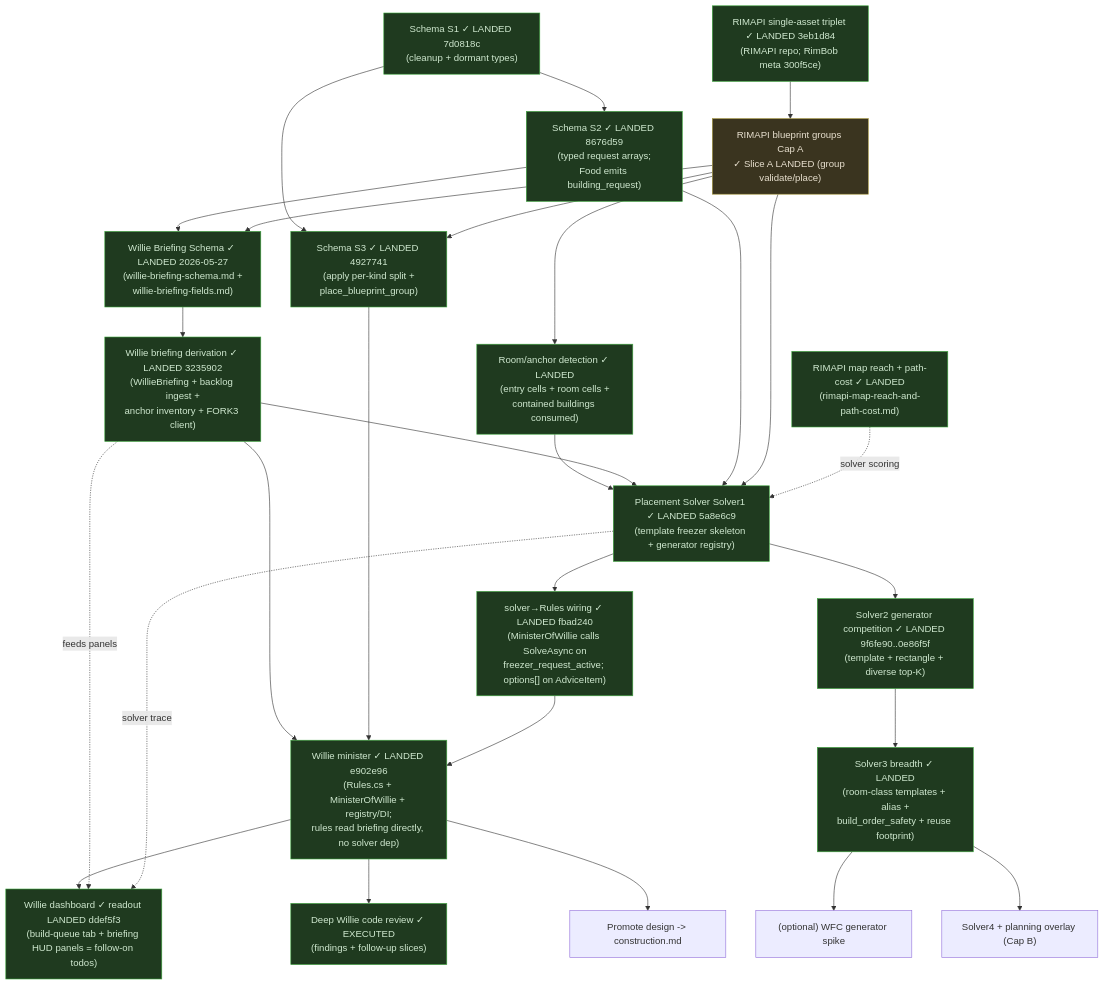
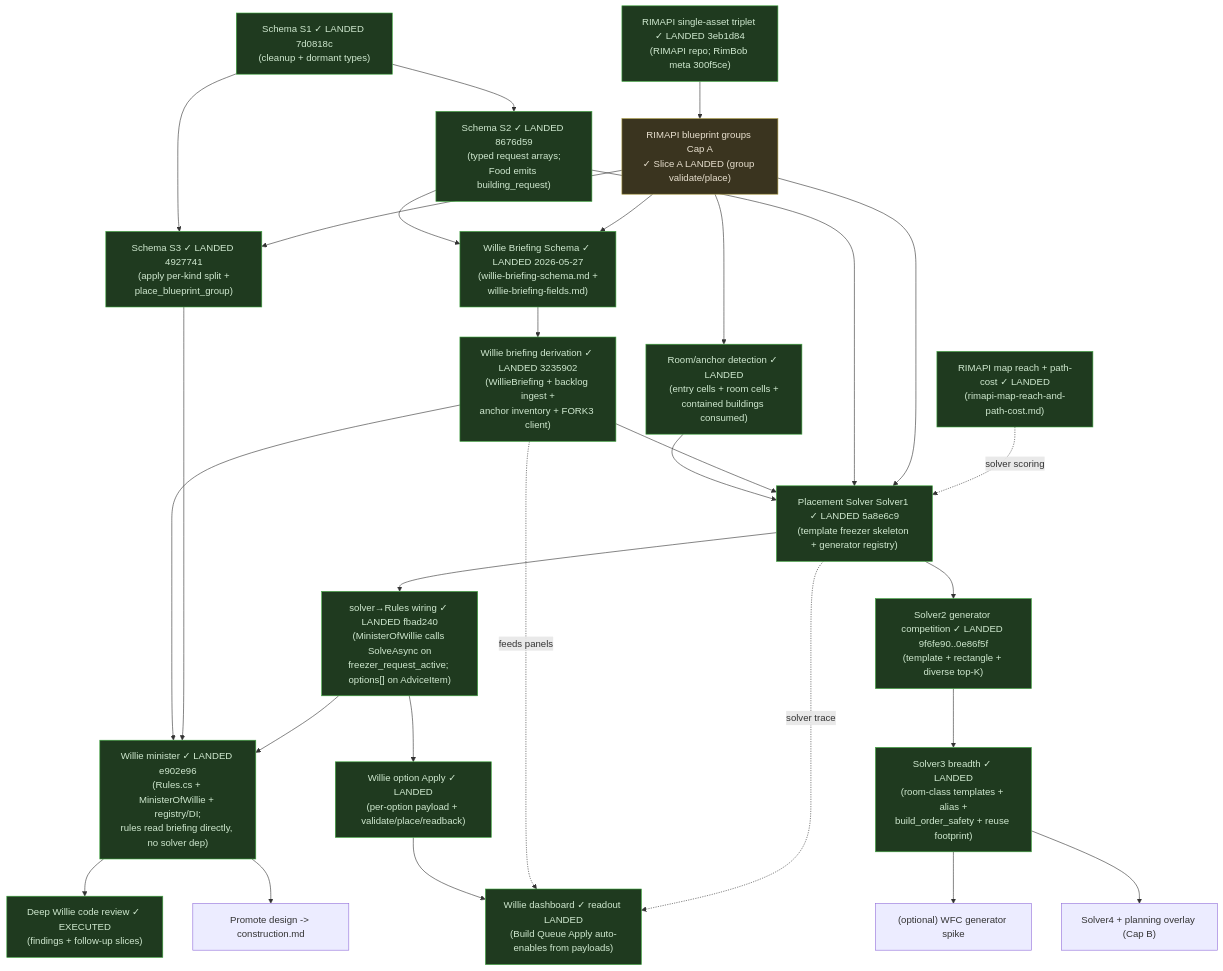
The diagram in .plans/willie-meta-plan.md (ocaspi-sc/RimBob), drawn with Mermaid before and after one commit. The commit also changed other lines of this file and 20 other files, not shown here.

First line of the commit message:
feat(willie): add option apply payloads

````diff
--- a/.plans/willie-meta-plan.md
+++ b/.plans/willie-meta-plan.md
@@ -159,33 +159,34 @@
 ```mermaid
 flowchart TD
   S1["Schema S1 ✓ LANDED 7d0818c<br/>(cleanup + dormant types)"] --> S2["Schema S2 ✓ LANDED 8676d59<br/>(typed request arrays;<br/>Food emits building_request)"]
   FORK1["RIMAPI single-asset triplet ✓ LANDED 3eb1d84<br/>(RIMAPI repo; RimBob meta 300f5ce)"] --> FORK2["RIMAPI blueprint groups Cap A<br/>✓ Slice A LANDED (group validate/place)"]
   S2 --> SCHEMA["Willie Briefing Schema ✓ LANDED 2026-05-27<br/>(willie-briefing-schema.md +<br/>willie-briefing-fields.md)"]
   FORK2 --> SCHEMA
   FORK2 --> ROOM["Room/anchor detection ✓ LANDED<br/>(entry cells + room cells +<br/>contained buildings consumed)"]
   ROOM --> Solver1
   SCHEMA --> DERIV["Willie briefing derivation ✓ LANDED 3235902<br/>(WillieBriefing + backlog ingest +<br/>anchor inventory + FORK3 client)"]
   DERIV --> Solver1["Placement Solver Solver1 ✓ LANDED 5a8e6c9<br/>(template freezer skeleton + generator registry)"]
   S2 --> Solver1
   FORK2 --> Solver1
   FORK3["RIMAPI map reach + path-cost ✓ LANDED<br/>(rimapi-map-reach-and-path-cost.md)"] -.solver scoring.-> Solver1
   DERIV --> WILLIE["Willie minister ✓ LANDED e902e96<br/>(Rules.cs + MinisterOfWillie + registry/DI;<br/>rules read briefing directly, no solver dep)"]
   S1 --> S3["Schema S3 ✓ LANDED 4927741<br/>(apply per-kind split +<br/>place_blueprint_group)"]
   FORK2 --> S3
   S3 --> WILLIE
   Solver1 --> WIRE["solver→Rules wiring ✓ LANDED fbad240<br/>(MinisterOfWillie calls SolveAsync on<br/>freezer_request_active; options[] on AdviceItem)"]
   WIRE --> WILLIE
-  WILLIE --> DASH["Willie dashboard ✓ readout LANDED ddef5f3<br/>(build-queue tab + briefing HUD panels = follow-on todos)"]
+  WIRE --> APPLY["Willie option Apply ✓ LANDED<br/>(per-option payload + validate/place/readback)"]
+  APPLY --> DASH["Willie dashboard ✓ readout LANDED<br/>(Build Queue Apply auto-enables from payloads)"]
   DERIV -.feeds panels.-> DASH
   Solver1 -.solver trace.-> DASH
   Solver1 --> Solver2["Solver2 generator competition ✓ LANDED 9f6fe90..0e86f5f<br/>(template + rectangle + diverse top-K)"] --> Solver3["Solver3 breadth ✓ LANDED<br/>(room-class templates + alias +<br/>build_order_safety + reuse footprint)"]
   WILLIE --> REVIEW["Deep Willie code review ✓ EXECUTED<br/>(findings + follow-up slices)"]
   WILLIE --> PROMOTE["Promote design -> construction.md"]
   Solver3 --> WFC["(optional) WFC generator spike"]
   Solver3 --> SOLVER4B["Solver4 + planning overlay (Cap B)"]
 
   classDef done fill:#1f3a1f,stroke:#3fa83f,color:#cfe8cf;
-  class S1,S2,S3,FORK1,FORK3,SCHEMA,DERIV,ROOM,WILLIE,DASH,Solver1,Solver2,Solver3,WIRE,REVIEW done;
+  class S1,S2,S3,FORK1,FORK3,SCHEMA,DERIV,ROOM,WILLIE,DASH,Solver1,Solver2,Solver3,WIRE,APPLY,REVIEW done;
   classDef partial fill:#3a341f,stroke:#a8993f,color:#e8e0cf;
   class FORK2 partial;
 ```
````
